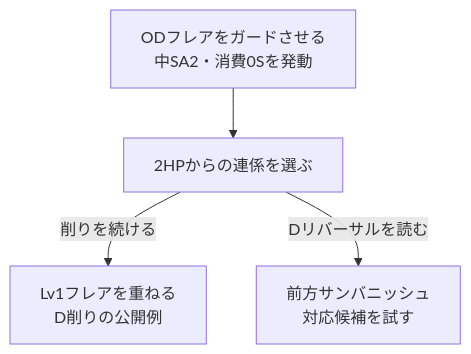
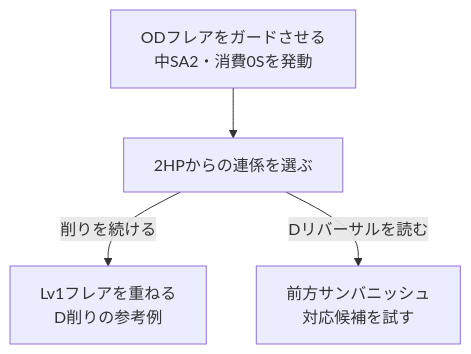
Before and after one commit to kjun1/sf6: the fifth of 5 diagrams in docs/ingrid/pressure.md, drawn with Mermaid. The commit also changed other lines of this file and 15 other files, not shown here.

````diff
--- a/docs/ingrid/pressure.md
+++ b/docs/ingrid/pressure.md
@@ -210,6 +209,6 @@
 ```mermaid
 flowchart TD
     setup["ODフレアをガードさせる<br/>中SA2・消費0Sを発動"] --> choice["2HPからの連係を選ぶ"]
-    choice -->|削りを続ける| drain["Lv1フレアを重ねる<br/>D削りの公開例"]
+    choice -->|削りを続ける| drain["Lv1フレアを重ねる<br/>D削りの参考例"]
     choice -->|Dリバーサルを読む| read["前方サンバニッシュ<br/>対応候補を試す"]
 ```
````
